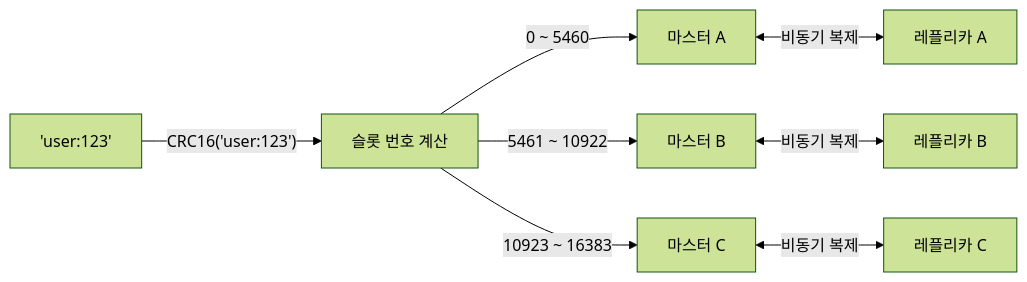
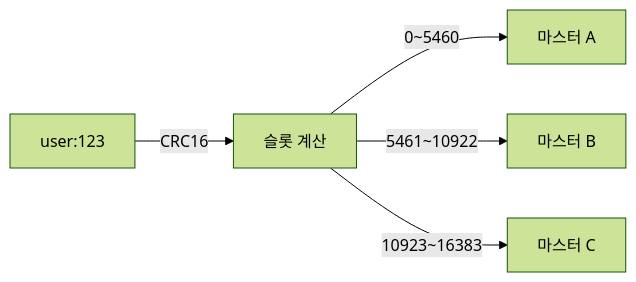
One commit to yjkim2015/yjkim2015.github.io changed the fourth of 6 diagrams in _posts/redis/2026-05-01-redis-cluster-sentinel.md. Above: the diagram before and after it, drawn with Mermaid (forest theme). The commit also changed 163 other files, not shown here.

First line of the commit message:
Mermaid 300개 블록 내용 축소: 5노드 5엣지 이하, 의미 있는 약어

````diff
--- a/_posts/redis/2026-05-01-redis-cluster-sentinel.md
+++ b/_posts/redis/2026-05-01-redis-cluster-sentinel.md
@@ -198,10 +198,7 @@
 ```mermaid
 graph LR
-    KEY["'user:123'"] -->|"CRC16('user:123')"| SLOT["슬롯 번호 계산"]
-    SLOT -->|"0 ~ 5460"| MA["마스터 A"]
-    SLOT -->|"5461 ~ 10922"| MB["마스터 B"]
-    SLOT -->|"10923 ~ 16383"| MC["마스터 C"]
-    MA <-->|"비동기 복제"| RA["레플리카 A"]
-    MB <-->|"비동기 복제"| RB["레플리카 B"]
-    MC <-->|"비동기 복제"| RC["레플리카 C"]
+    KEY["user:123"] -->|CRC16| SLOT["슬롯 계산"]
+    SLOT -->|0~5460| MA["마스터 A"]
+    SLOT -->|5461~10922| MB["마스터 B"]
+    SLOT -->|10923~16383| MC["마스터 C"]
 ```
````
